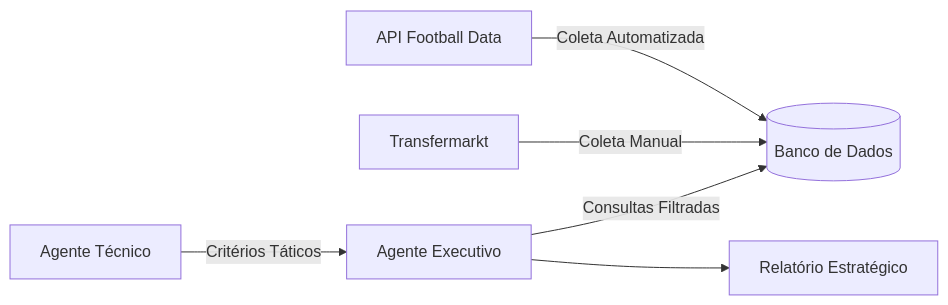
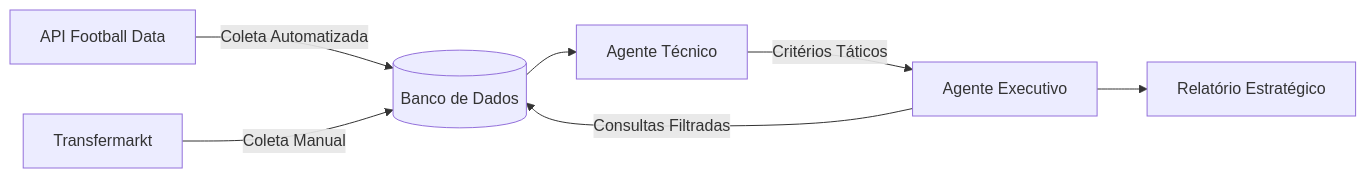
Before and after one commit to Reyso/ScoutAi-Agents: the diagram in README.md, drawn with Mermaid. The commit also changed other lines of this file, not shown here.

````diff
--- a/README.md
+++ b/README.md
@@ -19,9 +19,9 @@
 ```mermaid
 graph LR
     A[API Football Data] -->|Coleta Automatizada| B[(Banco de Dados)]
     C[Transfermarkt] -->|Coleta Manual| B
-    D[Agente Técnico]
+    B --> D[Agente Técnico]
     D -->|Critérios Táticos| E[Agente Executivo]
     E -->|Consultas Filtradas| B
     E --> F[Relatório Estratégico] 
 ```
````
